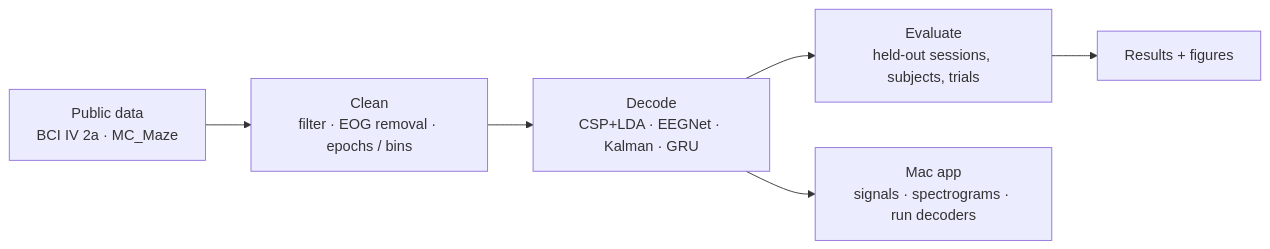
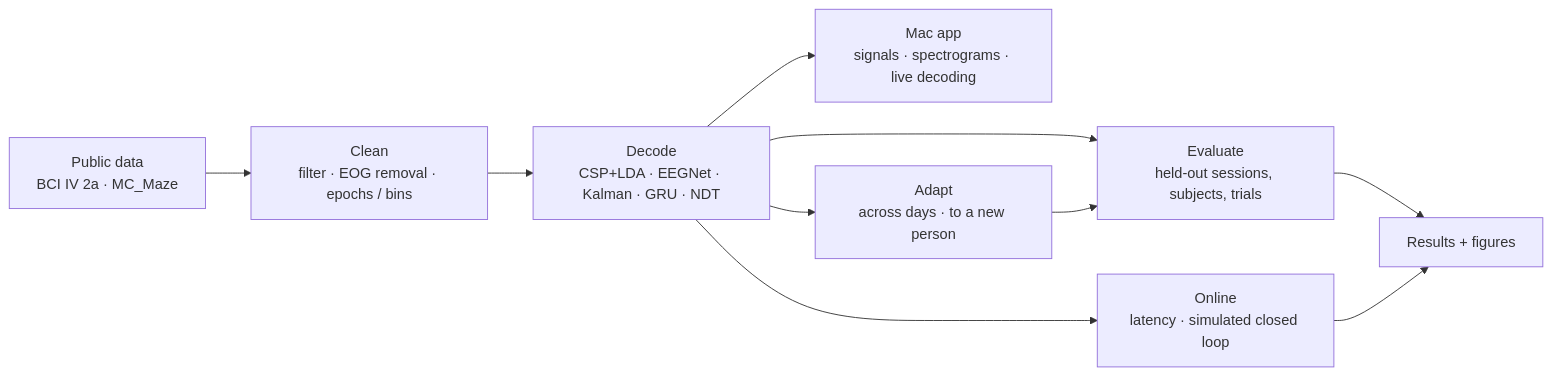
The diagram in README.md (amalmehta/NeuralSignalML), drawn with Mermaid before and after one commit. The commit also changed other lines of this file and 7 other files, not shown here.

````diff
--- a/README.md
+++ b/README.md
@@ -15,8 +27,12 @@
 ```mermaid
 flowchart LR
     D["Public data<br/>BCI IV 2a · MC_Maze"] --> P["Clean<br/>filter · EOG removal · epochs / bins"]
-    P --> M["Decode<br/>CSP+LDA · EEGNet · Kalman · GRU"]
+    P --> M["Decode<br/>CSP+LDA · EEGNet · Kalman · GRU · NDT"]
     M --> E["Evaluate<br/>held-out sessions, subjects, trials"]
     E --> R["Results + figures"]
-    M --> A["Mac app<br/>signals · spectrograms · run decoders"]
+    M --> A["Mac app<br/>signals · spectrograms · live decoding"]
+    M --> X["Adapt<br/>across days · to a new person"]
+    X --> E
+    M --> L["Online<br/>latency · simulated closed loop"]
+    L --> R
 ```
````
